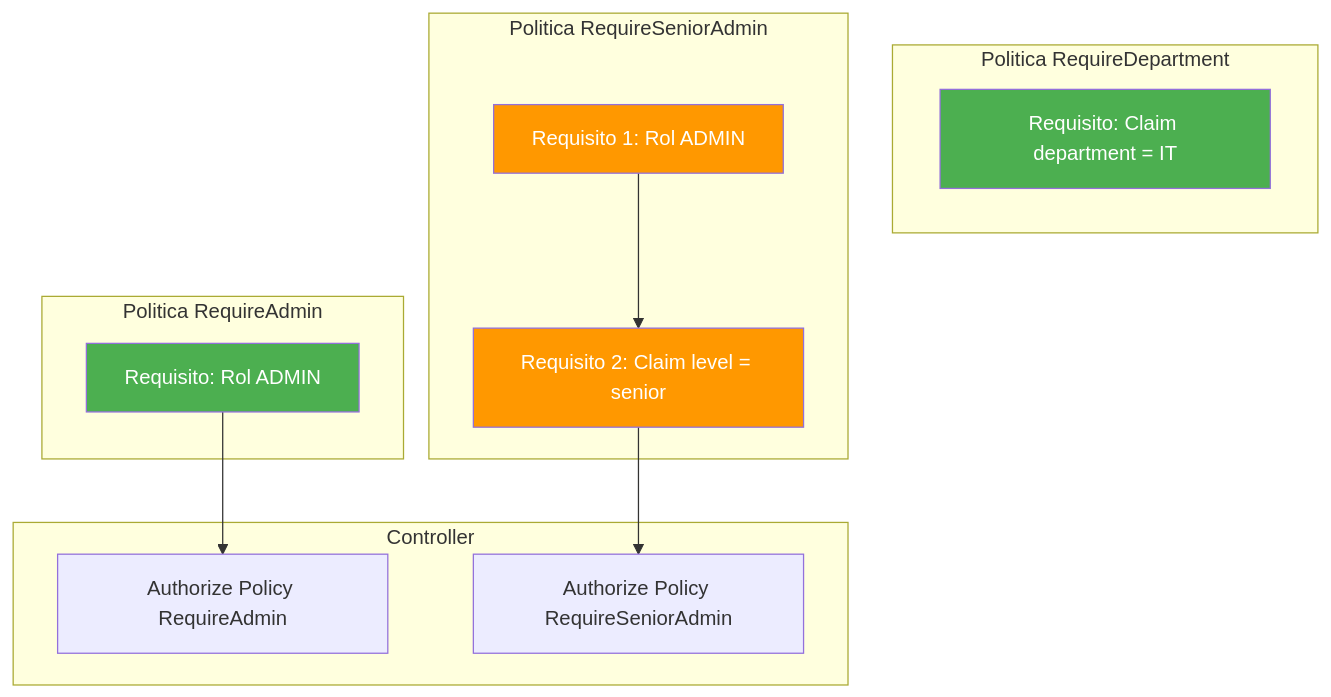
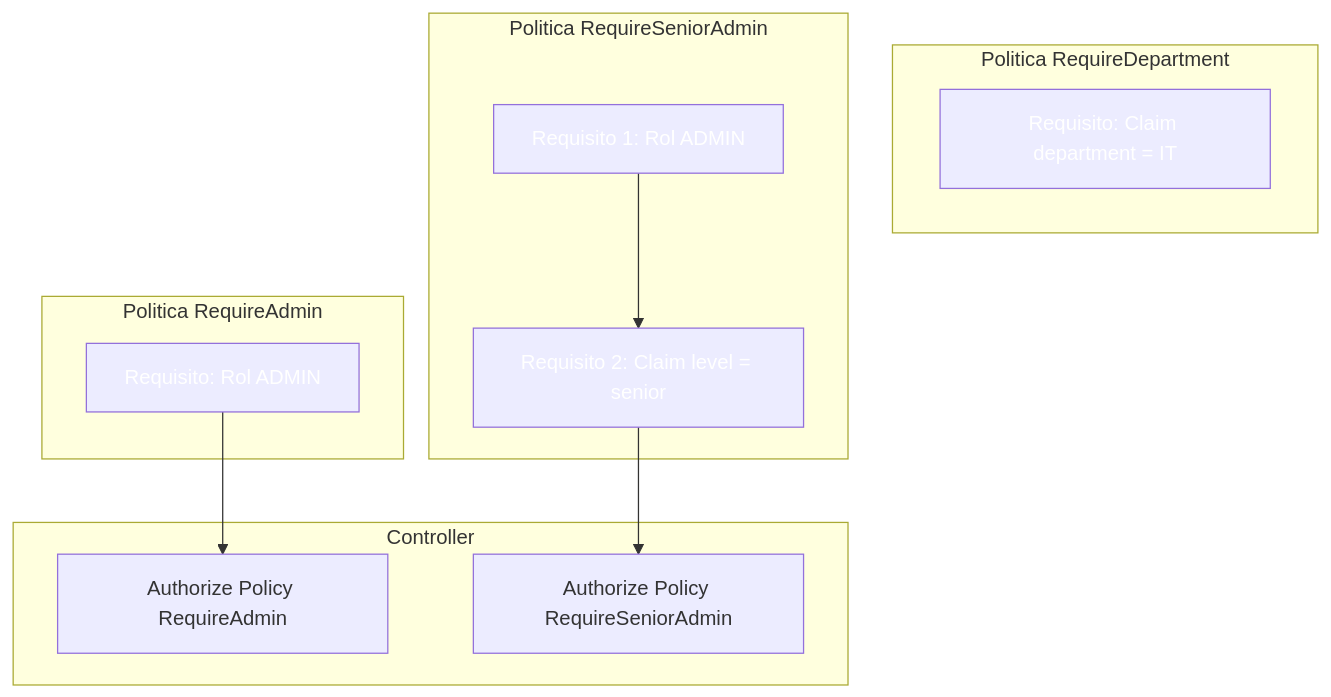
The ninth of 14 diagrams in 17-autorizacion.md (joseluisgs/DesarrolloWebEntornosServidor-02-2026-2027), drawn with Mermaid before and after one commit. The commit also changed other lines of this file and 41 other files, not shown here.

````diff
--- a/17-autorizacion.md
+++ b/17-autorizacion.md
@@ -347,29 +347,29 @@
 ```mermaid
 flowchart TD
     subgraph "Politica RequireAdmin"
         R1["Requisito: Rol ADMIN"]
     end
 
     subgraph "Politica RequireDepartment"
         R2["Requisito: Claim department = IT"]
     end
 
     subgraph "Politica RequireSeniorAdmin"
         R3["Requisito 1: Rol ADMIN"]
         R4["Requisito 2: Claim level = senior"]
         R3 --> R4
     end
 
     subgraph "Controller"
         C1["Authorize Policy RequireAdmin"]
         C2["Authorize Policy RequireSeniorAdmin"]
     end
 
     R1 --> C1
     R4 --> C2
 
-    style R1 fill:#4CAF50,color:#fff
-    style R2 fill:#4CAF50,color:#fff
-    style R3 fill:#FF9800,color:#fff
-    style R4 fill:#FF9800,color:#fff
+    style R1 fill:#4CAF5,color:#fff0,color:#fff
+    style R2 fill:#4CAF5,color:#fff0,color:#fff
+    style R3 fill:#FF980,color:#fff0,color:#fff
+    style R4 fill:#FF980,color:#fff0,color:#fff
 ```
````
